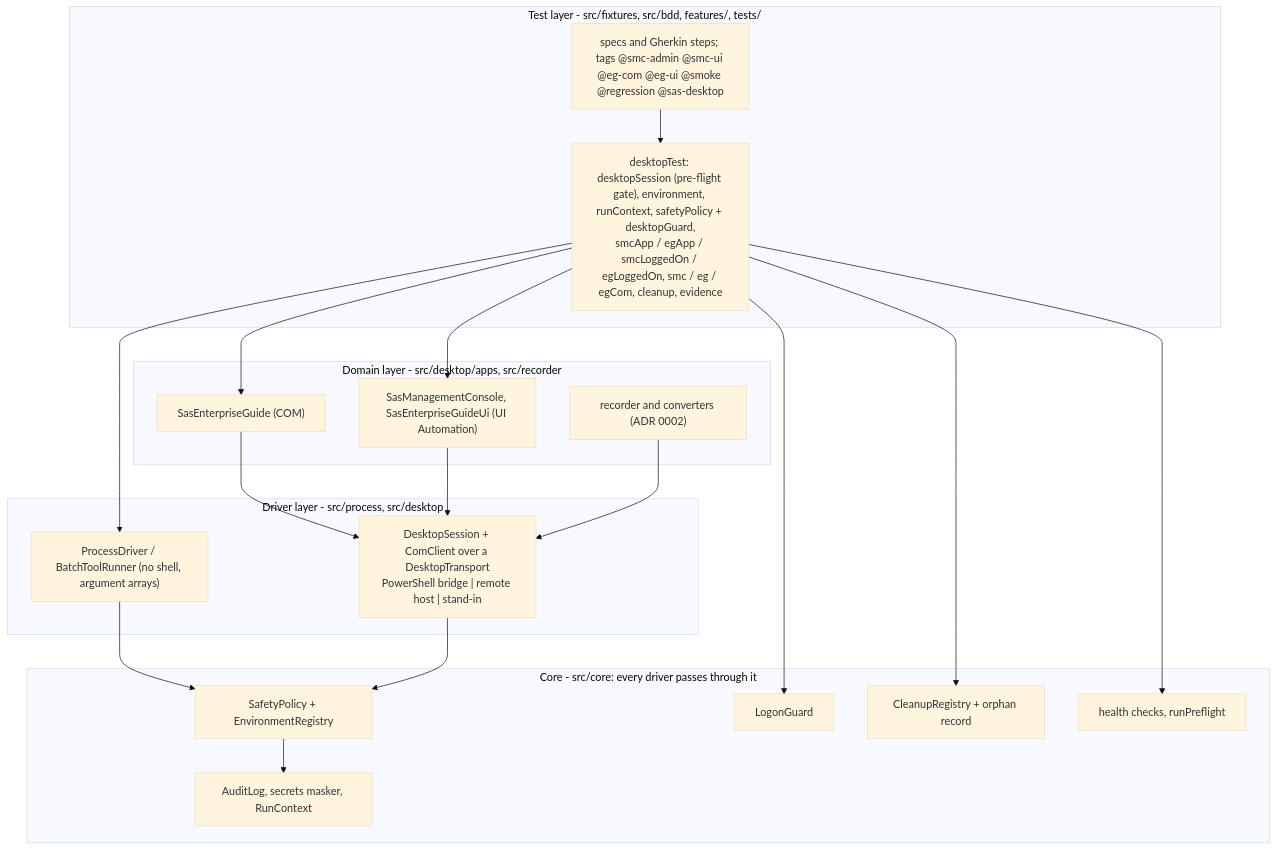
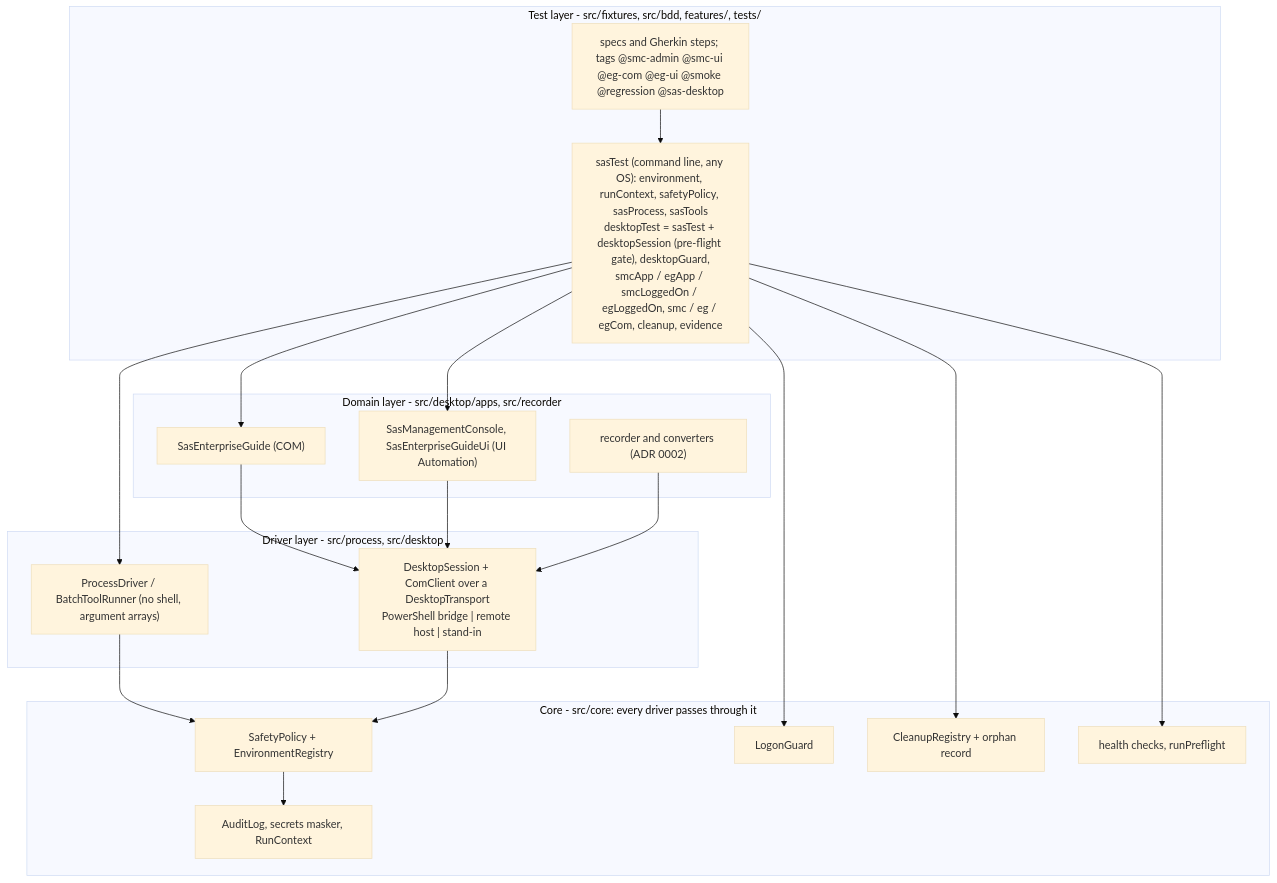
One commit to achaljoshi/referenced-automation-sas changed the diagram in docs/ARCHITECTURE.md. Above: the diagram before and after it, drawn with Mermaid (base theme). The commit also changed other lines of this file and 22 other files, not shown here.

First line of the commit message:
Sample tests for a machine with SAS, sasTest for the command line, README restructured

````diff
--- a/docs/ARCHITECTURE.md
+++ b/docs/ARCHITECTURE.md
@@ -9,31 +9,31 @@
 ```mermaid
 flowchart TB
   subgraph TESTS["Test layer - src/fixtures, src/bdd, features/, tests/"]
     SPEC["specs and Gherkin steps; tags @smc-admin @smc-ui @eg-com @eg-ui @smoke @regression @sas-desktop"]
-    FIX["desktopTest: desktopSession (pre-flight gate), environment, runContext, safetyPolicy + desktopGuard,<br/>smcApp / egApp / smcLoggedOn / egLoggedOn, smc / eg / egCom, cleanup, evidence"]
+    FIX["sasTest (command line, any OS): environment, runContext, safetyPolicy, sasProcess, sasTools<br/>desktopTest = sasTest + desktopSession (pre-flight gate), desktopGuard,<br/>smcApp / egApp / smcLoggedOn / egLoggedOn, smc / eg / egCom, cleanup, evidence"]
   end
   subgraph DOMAIN["Domain layer - src/desktop/apps, src/recorder"]
     EGCOM["SasEnterpriseGuide (COM)"]
     UI["SasManagementConsole, SasEnterpriseGuideUi (UI Automation)"]
     REC["recorder and converters (ADR 0002)"]
   end
   subgraph DRV["Driver layer - src/process, src/desktop"]
     PROC["ProcessDriver / BatchToolRunner (no shell, argument arrays)"]
     BRIDGE["DesktopSession + ComClient over a DesktopTransport<br/>PowerShell bridge | remote host | stand-in"]
   end
   subgraph CORE["Core - src/core: every driver passes through it"]
     POLICY["SafetyPolicy + EnvironmentRegistry"]
     GUARD["LogonGuard"]
     AUDIT["AuditLog, secrets masker, RunContext"]
     SWEEP["CleanupRegistry + orphan record"]
     PRE["health checks, runPreflight"]
   end
   SPEC --> FIX
   FIX --> EGCOM & UI
   EGCOM & UI --> BRIDGE
   FIX --> PROC
   PROC & BRIDGE --> POLICY
   POLICY --> AUDIT
   FIX --> GUARD & SWEEP & PRE
   REC --> BRIDGE
 ```
````
